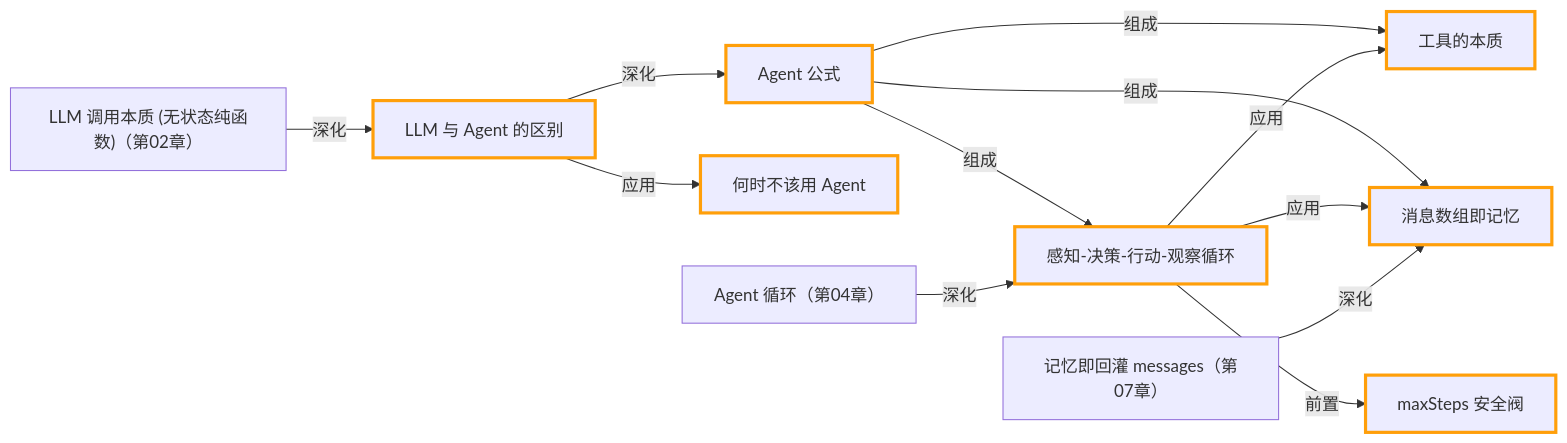
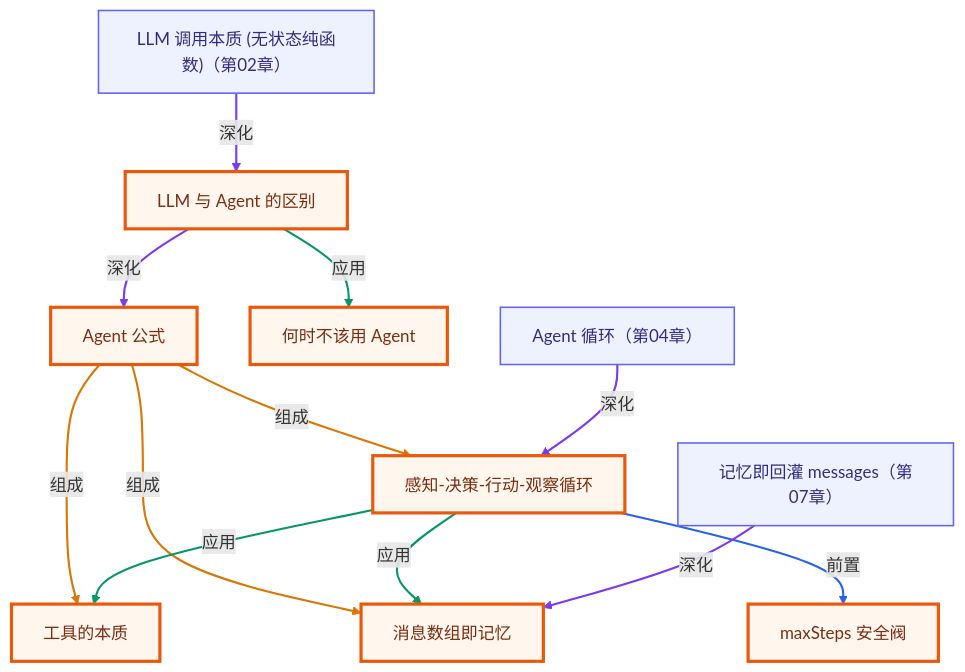
Before and after one commit to songuu/agent: the second of 2 diagrams in lessons/01-what-is-an-agent/README.md, drawn with Mermaid. The commit also changed other lines of this file and 72 other files, not shown here.

````diff
--- a/lessons/01-what-is-an-agent/README.md
+++ b/lessons/01-what-is-an-agent/README.md
@@ -225,31 +227,39 @@
 ```mermaid
-graph LR
+graph TB
+  classDef own fill:#fff7ed,stroke:#ea580c,stroke-width:3px,color:#7c2d12;
+  classDef cross fill:#eef2ff,stroke:#6366f1,stroke-width:1.5px,color:#312e81;
   n_c01_llm_vs_agent["LLM 与 Agent 的区别"]
   n_c01_agent_formula["Agent 公式"]
   n_c01_react_loop["感知-决策-行动-观察循环"]
   n_c01_tool_as_capability["工具的本质"]
   n_c01_message_memory["消息数组即记忆"]
   n_c01_max_steps["maxSteps 安全阀"]
   n_c01_yagni_when_not_agent["何时不该用 Agent"]
   n_c02_llm_call_pure_function["LLM 调用本质 (无状态纯函数)（第02章）"]
   n_c04_agent_loop["Agent 循环（第04章）"]
   n_c07_conversation_as_array["记忆即回灌 messages（第07章）"]
   n_c01_llm_vs_agent -->|深化| n_c01_agent_formula
   n_c01_agent_formula -->|组成| n_c01_react_loop
   n_c01_agent_formula -->|组成| n_c01_tool_as_capability
   n_c01_agent_formula -->|组成| n_c01_message_memory
   n_c01_react_loop -->|应用| n_c01_tool_as_capability
   n_c01_react_loop -->|应用| n_c01_message_memory
   n_c01_react_loop -->|前置| n_c01_max_steps
   n_c01_llm_vs_agent -->|应用| n_c01_yagni_when_not_agent
   n_c02_llm_call_pure_function -->|深化| n_c01_llm_vs_agent
   n_c04_agent_loop -->|深化| n_c01_react_loop
   n_c07_conversation_as_array -->|深化| n_c01_message_memory
-  style n_c01_llm_vs_agent stroke:#ff9f0a,stroke-width:3px
-  style n_c01_agent_formula stroke:#ff9f0a,stroke-width:3px
-  style n_c01_react_loop stroke:#ff9f0a,stroke-width:3px
-  style n_c01_tool_as_capability stroke:#ff9f0a,stroke-width:3px
-  style n_c01_message_memory stroke:#ff9f0a,stroke-width:3px
-  style n_c01_max_steps stroke:#ff9f0a,stroke-width:3px
-  style n_c01_yagni_when_not_agent stroke:#ff9f0a,stroke-width:3px
+  class n_c01_llm_vs_agent,n_c01_agent_formula,n_c01_react_loop,n_c01_tool_as_capability,n_c01_message_memory,n_c01_max_steps,n_c01_yagni_when_not_agent own;
+  class n_c02_llm_call_pure_function,n_c04_agent_loop,n_c07_conversation_as_array cross;
+  linkStyle 0 stroke:#7c3aed,stroke-width:2px;
+  linkStyle 1 stroke:#d97706,stroke-width:2px;
+  linkStyle 2 stroke:#d97706,stroke-width:2px;
+  linkStyle 3 stroke:#d97706,stroke-width:2px;
+  linkStyle 4 stroke:#059669,stroke-width:2px;
+  linkStyle 5 stroke:#059669,stroke-width:2px;
+  linkStyle 6 stroke:#2563eb,stroke-width:2px;
+  linkStyle 7 stroke:#059669,stroke-width:2px;
+  linkStyle 8 stroke:#7c3aed,stroke-width:2px;
+  linkStyle 9 stroke:#7c3aed,stroke-width:2px;
+  linkStyle 10 stroke:#7c3aed,stroke-width:2px;
 ```
````
